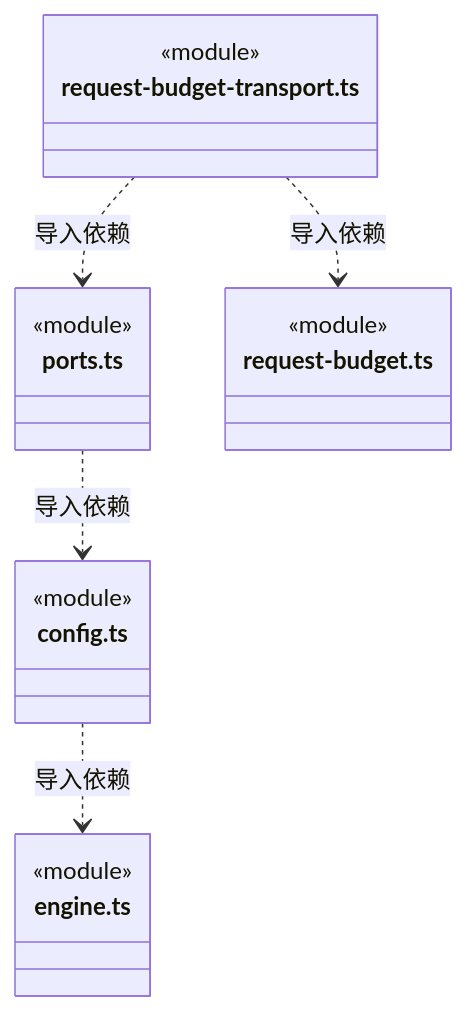
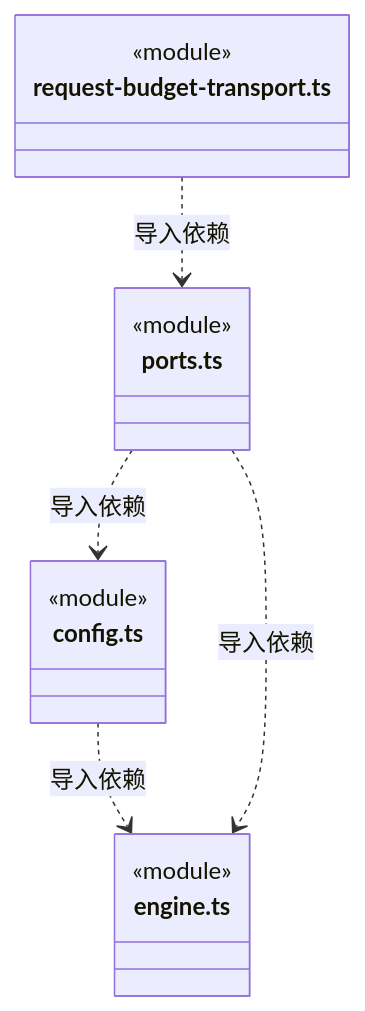
Before and after one commit to nan023062/cbim: the tenth of 11 diagrams in src/backend/core/brain/llm/ARCHITECTURE.md, drawn with Mermaid. The commit also changed other lines of this file and 81 other files, not shown here.

````diff
--- a/src/backend/core/brain/llm/ARCHITECTURE.md
+++ b/src/backend/core/brain/llm/ARCHITECTURE.md
@@ -215,22 +215,19 @@
 ```mermaid
 classDiagram
 class N_src_backend_core_brain_llm_config_ts["config.ts"] {
   <<module>>
 }
 class N_src_backend_core_brain_llm_engine_ts["engine.ts"] {
   <<module>>
 }
 class N_src_backend_core_brain_llm_ports_ts["ports.ts"] {
   <<module>>
 }
 class N_src_backend_core_brain_llm_request_budget_transport_ts["request-budget-transport.ts"] {
   <<module>>
 }
-class N_src_backend_core_brain_llm_request_budget_ts["request-budget.ts"] {
-  <<module>>
-}
 N_src_backend_core_brain_llm_config_ts ..> N_src_backend_core_brain_llm_engine_ts : 导入依赖
 N_src_backend_core_brain_llm_ports_ts ..> N_src_backend_core_brain_llm_config_ts : 导入依赖
+N_src_backend_core_brain_llm_ports_ts ..> N_src_backend_core_brain_llm_engine_ts : 导入依赖
 N_src_backend_core_brain_llm_request_budget_transport_ts ..> N_src_backend_core_brain_llm_ports_ts : 导入依赖
-N_src_backend_core_brain_llm_request_budget_transport_ts ..> N_src_backend_core_brain_llm_request_budget_ts : 导入依赖
 ```
````
